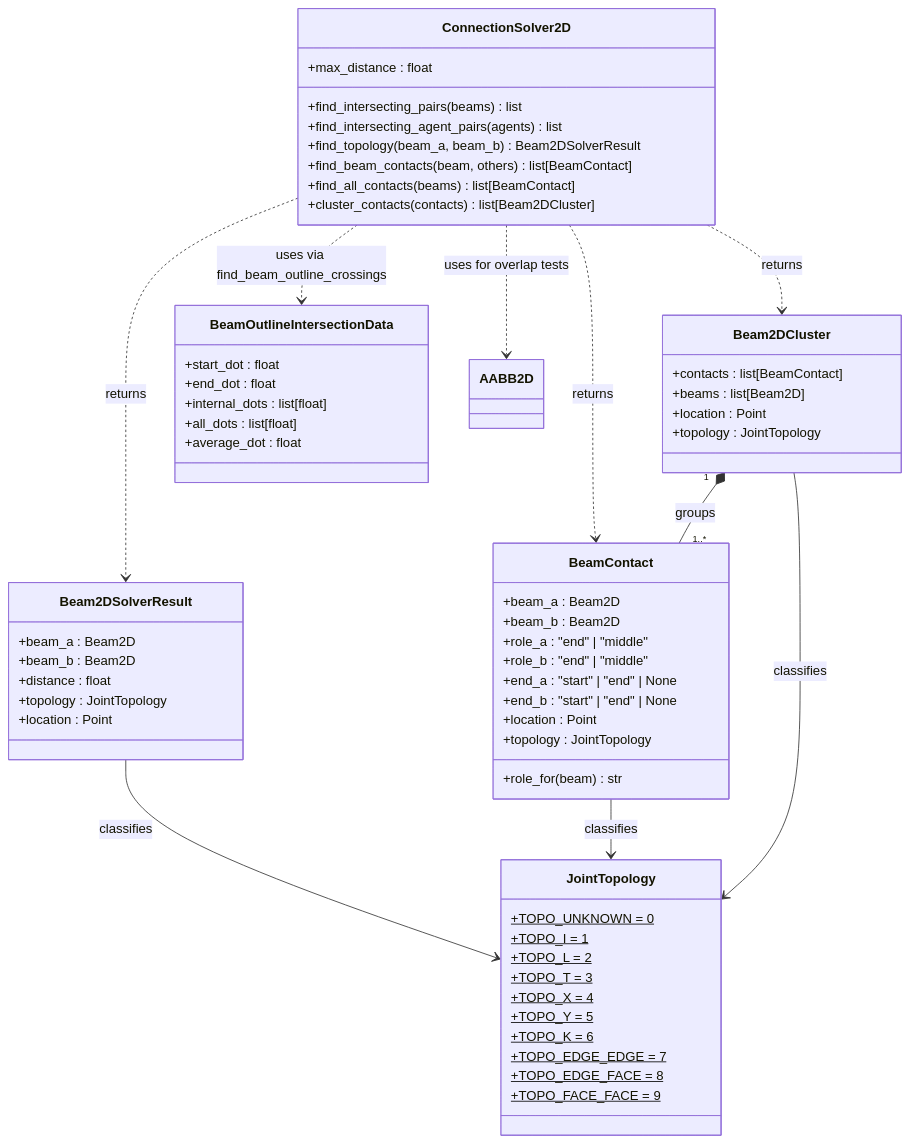
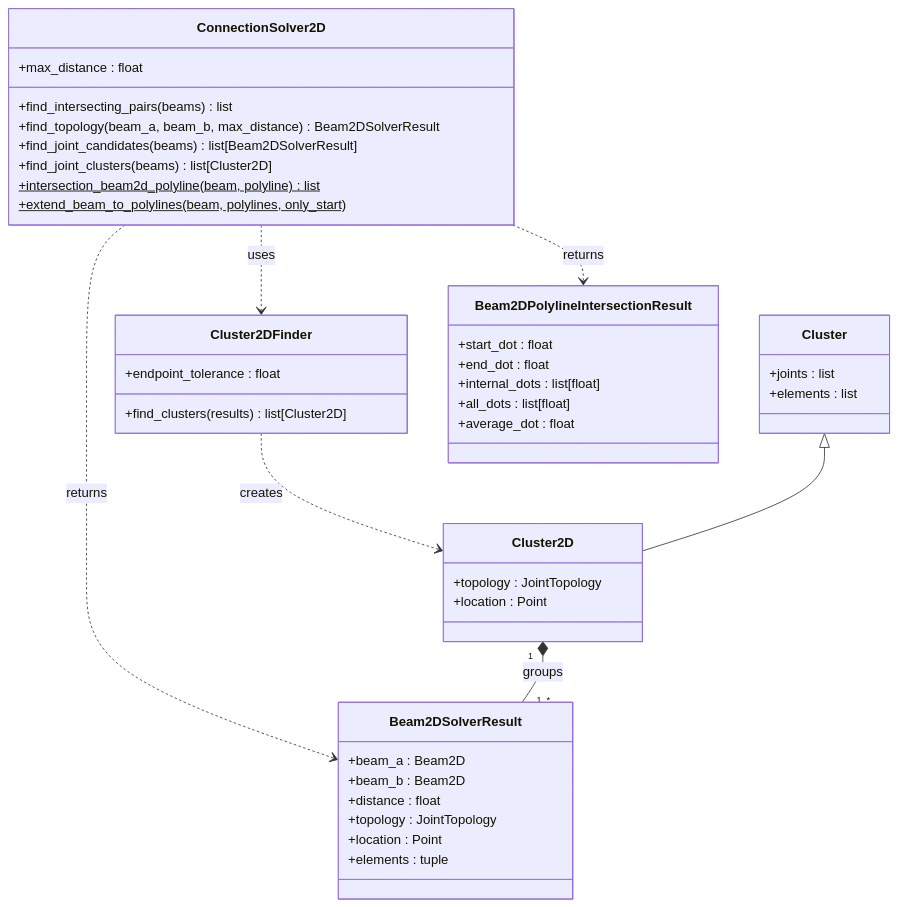
The fourth of 4 diagrams in docs/contribution/class_diagrams.md (gramaziokohler/timber_design), drawn with Mermaid before and after one commit. The commit also changed other lines of this file and 40 other files, not shown here.

````diff
--- a/docs/contribution/class_diagrams.md
+++ b/docs/contribution/class_diagrams.md
@@ -469,71 +252,52 @@
 ```mermaid
 classDiagram
 
     class ConnectionSolver2D {
         +max_distance : float
         +find_intersecting_pairs(beams) list
-        +find_intersecting_agent_pairs(agents) list
-        +find_topology(beam_a, beam_b) Beam2DSolverResult
-        +find_beam_contacts(beam, others) list[BeamContact]
-        +find_all_contacts(beams) list[BeamContact]
-        +cluster_contacts(contacts) list[Beam2DCluster]
+        +find_topology(beam_a, beam_b, max_distance) Beam2DSolverResult
+        +find_joint_candidates(beams) list[Beam2DSolverResult]
+        +find_joint_clusters(beams) list[Cluster2D]
+        +intersection_beam2d_polyline(beam, polyline)$ list
+        +extend_beam_to_polylines(beam, polylines, only_start)$
     }
 
     class Beam2DSolverResult {
         +beam_a : Beam2D
         +beam_b : Beam2D
         +distance : float
         +topology : JointTopology
         +location : Point
+        +elements : tuple
     }
 
-    class BeamContact {
-        +beam_a : Beam2D
-        +beam_b : Beam2D
-        +role_a : "end" | "middle"
-        +role_b : "end" | "middle"
-        +end_a : "start" | "end" | None
-        +end_b : "start" | "end" | None
-        +location : Point
-        +topology : JointTopology
-        +role_for(beam) str
+    class Cluster2DFinder {
+        +endpoint_tolerance : float
+        +find_clusters(results) list[Cluster2D]
     }
 
-    class Beam2DCluster {
-        +contacts : list[BeamContact]
-        +beams : list[Beam2D]
+    class Cluster2D {
+        +topology : JointTopology
         +location : Point
-        +topology : JointTopology
     }
 
-    class BeamOutlineIntersectionData {
+    class Cluster {
+        +joints : list
+        +elements : list
+    }
+
+    class Beam2DPolylineIntersectionResult {
         +start_dot : float
         +end_dot : float
         +internal_dots : list[float]
         +all_dots : list[float]
         +average_dot : float
     }
 
-    class JointTopology {
-        +TOPO_UNKNOWN = 0$
-        +TOPO_I = 1$
-        +TOPO_L = 2$
-        +TOPO_T = 3$
-        +TOPO_X = 4$
-        +TOPO_Y = 5$
-        +TOPO_K = 6$
-        +TOPO_EDGE_EDGE = 7$
-        +TOPO_EDGE_FACE = 8$
-        +TOPO_FACE_FACE = 9$
-    }
-
     ConnectionSolver2D ..> Beam2DSolverResult : returns
-    ConnectionSolver2D ..> BeamContact : returns
-    ConnectionSolver2D ..> Beam2DCluster : returns
-    ConnectionSolver2D ..> AABB2D : uses for overlap tests
-    ConnectionSolver2D ..> BeamOutlineIntersectionData : uses via find_beam_outline_crossings
-    Beam2DCluster "1" *-- "1..*" BeamContact : groups
-    Beam2DSolverResult --> JointTopology : classifies
-    BeamContact --> JointTopology : classifies
-    Beam2DCluster --> JointTopology : classifies
+    ConnectionSolver2D ..> Cluster2DFinder : uses
+    ConnectionSolver2D ..> Beam2DPolylineIntersectionResult : returns
+    Cluster2DFinder ..> Cluster2D : creates
+    Cluster <|-- Cluster2D
+    Cluster2D "1" *-- "1..*" Beam2DSolverResult : groups
 ```
````
